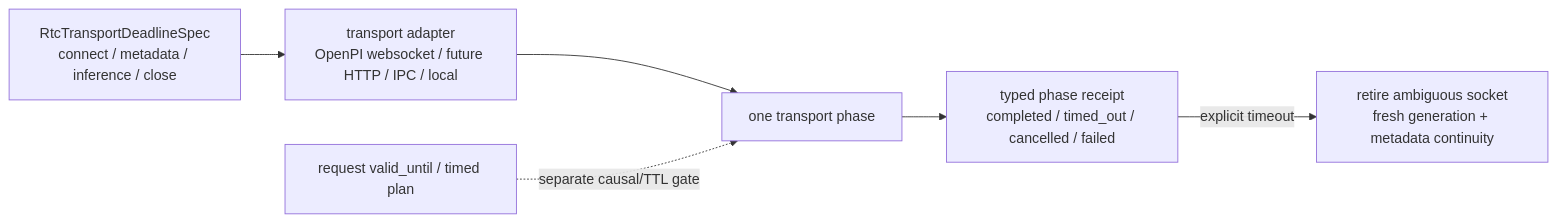
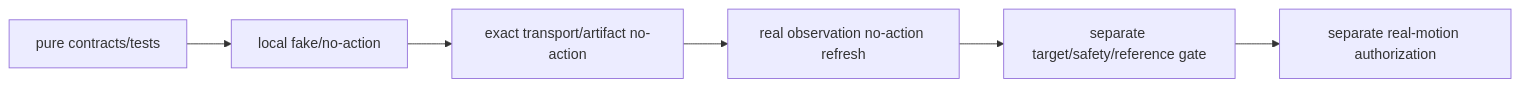
The seventh of 8 diagrams in docs/architecture/dexteleop_rtc_visual_guide.md (xiaopangxiexyg/AgenticRobot), drawn with Mermaid before and after one commit. The commit also changed other lines of this file and 2 other files, not shown here.

Commit message:
docs: refresh the RTC visual guide

````diff
--- a/docs/architecture/dexteleop_rtc_visual_guide.md
+++ b/docs/architecture/dexteleop_rtc_visual_guide.md
@@ -499,13 +198,8 @@
 ```mermaid
 flowchart LR
-    Spec["RtcTransportDeadlineSpec<br/>connect / metadata / inference / close"]
-    Adapter["transport adapter<br/>OpenPI websocket / future HTTP / IPC / local"]
-    Call["one transport phase"]
-    Receipt["typed phase receipt<br/>completed / timed_out / cancelled / failed"]
-    Retire["retire ambiguous socket<br/>fresh generation + metadata continuity"]
-    Plan["request valid_until / timed plan"]
-
-    Spec --> Adapter --> Call --> Receipt
-    Receipt -->|"explicit timeout"| Retire
-    Plan -. "separate causal/TTL gate" .-> Call
+    Pure["pure contracts/tests"] --> Local["local fake/no-action"]
+    Local --> Transport["exact transport/artifact no-action"]
+    Transport --> RealObs["real observation no-action refresh"]
+    RealObs --> Downstream["separate target/safety/reference gate"]
+    Downstream --> Motion["separate real-motion authorization"]
 ```
````
